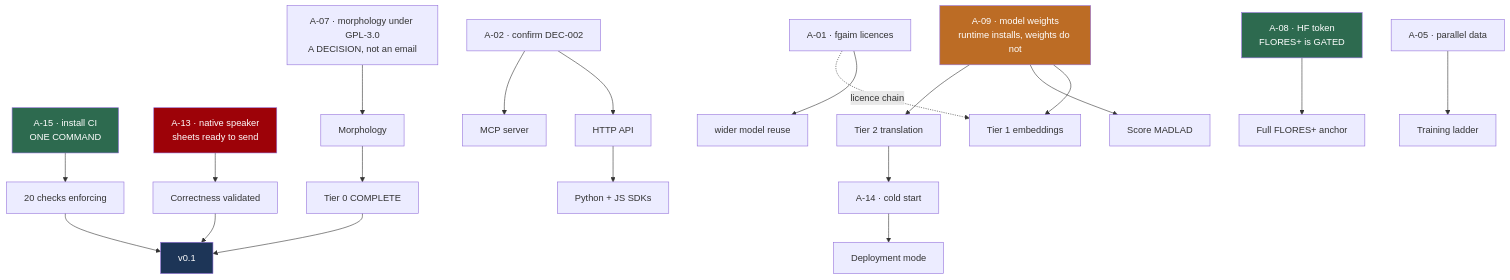
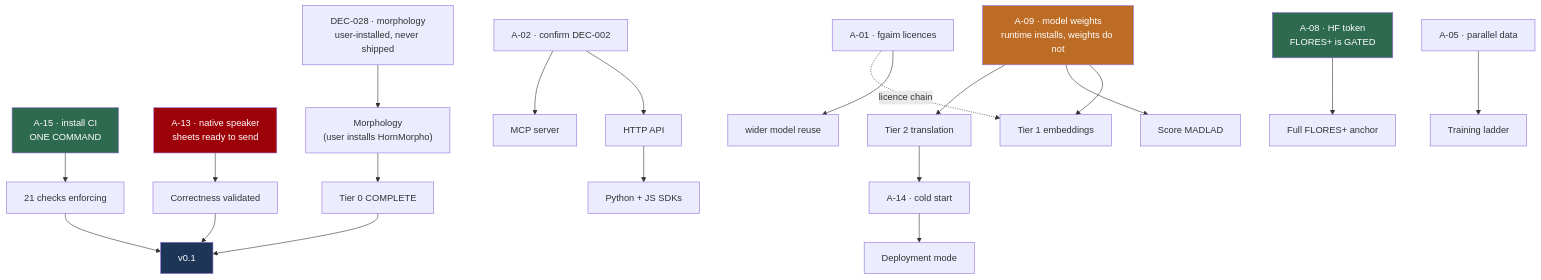
The diagram in docs/roadmap/READINESS_PLAN.md (abugassim8/Tigrigna-Intelligence), drawn with Mermaid before and after one commit. The commit also changed other lines of this file and 10 other files, not shown here.

````diff
--- a/docs/roadmap/READINESS_PLAN.md
+++ b/docs/roadmap/READINESS_PLAN.md
@@ -87,28 +88,28 @@
 ```mermaid
 graph TD
-    A15["A-15 · install CI<br/>ONE COMMAND"] --> ENF["20 checks enforcing"]
+    A15["A-15 · install CI<br/>ONE COMMAND"] --> ENF["21 checks enforcing"]
     A13["A-13 · native speaker<br/>sheets ready to send"] --> CORRECT["Correctness validated"]
     A02["A-02 · confirm DEC-002"] --> API["HTTP API"]
     A02 --> MCP["MCP server"]
     API --> SDK["Python + JS SDKs"]
     A09["A-09 · model weights<br/>runtime installs, weights do not"] --> T1["Tier 1 embeddings"]
     A09 --> MADLAD["Score MADLAD"]
     A09 --> T2["Tier 2 translation"]
     A08["A-08 · HF token<br/>FLORES+ is GATED"] --> ANCHOR["Full FLORES+ anchor"]
     A01["A-01 · fgaim licences"] --> REUSE["wider model reuse"]
     A01 -.->|licence chain| T1
-    A07["A-07 · morphology under GPL-3.0<br/>A DECISION, not an email"] --> MORPH["Morphology"]
+    A07["DEC-028 · morphology<br/>user-installed, never shipped"] --> MORPH["Morphology<br/>(user installs HornMorpho)"]
     A05["A-05 · parallel data"] --> TRAIN["Training ladder"]
     T2 --> A14["A-14 · cold start"]
     A14 --> DEPLOY["Deployment mode"]
     MORPH --> MVP["Tier 0 COMPLETE"]
     CORRECT --> V01["v0.1"]
     MVP --> V01
     ENF --> V01
 
     style A15 fill:#2d6a4f,color:#fff
     style A13 fill:#9d0208,color:#fff
     style A09 fill:#bc6c25,color:#fff
     style A08 fill:#2d6a4f,color:#fff
     style V01 fill:#1d3557,color:#fff
 ```
````
